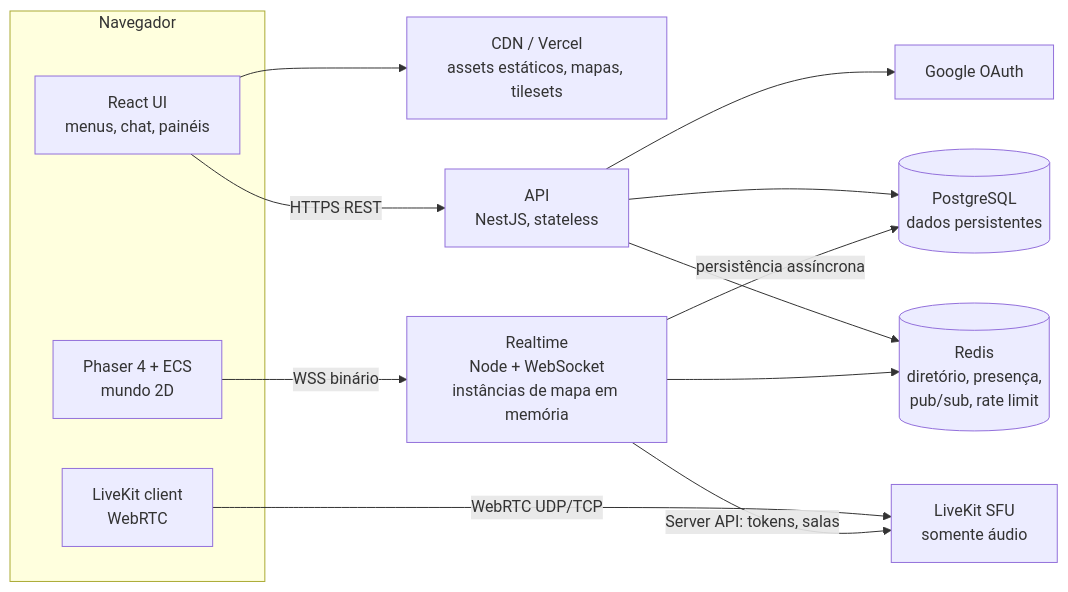
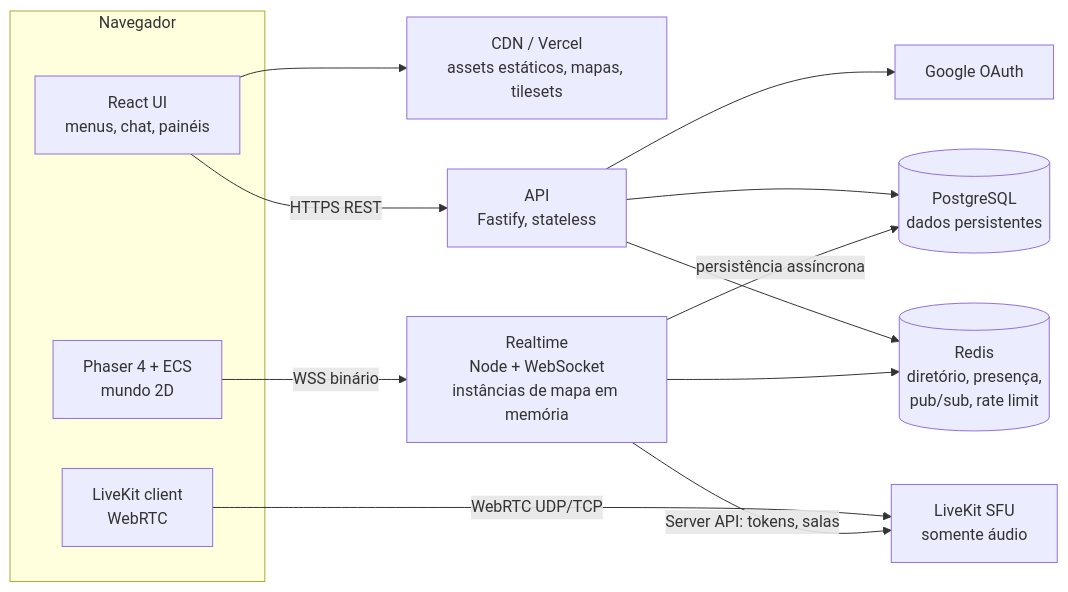
One commit to ThiagoAbreu9/cesar-office changed the first of 7 diagrams in docs/02-arquitetura.md. Above: the diagram before and after it, drawn with Mermaid. The commit also changed other lines of this file and 33 other files, not shown here.

First line of the commit message:
API: Fastify + Postgres com RLS, sessões e join que o realtime aceita

````diff
--- a/docs/02-arquitetura.md
+++ b/docs/02-arquitetura.md
@@ -25,27 +25,27 @@
 ```mermaid
 flowchart LR
   subgraph Browser["Navegador"]
     UI["React UI<br/>menus, chat, painéis"]
     GAME["Phaser 4 + ECS<br/>mundo 2D"]
     LKC["LiveKit client<br/>WebRTC"]
   end
 
   CDN["CDN / Vercel<br/>assets estáticos, mapas, tilesets"]
-  API["API<br/>NestJS, stateless"]
+  API["API<br/>Fastify, stateless"]
   RT["Realtime<br/>Node + WebSocket<br/>instâncias de mapa em memória"]
   SFU["LiveKit SFU<br/>somente áudio"]
   PG[("PostgreSQL<br/>dados persistentes")]
   RD[("Redis<br/>diretório, presença,<br/>pub/sub, rate limit")]
   GOOG["Google OAuth"]
 
   UI --> CDN
   UI -- "HTTPS REST" --> API
   GAME -- "WSS binário" --> RT
   LKC -- "WebRTC UDP/TCP" --> SFU
   API --> GOOG
   API --> PG
   API --> RD
   RT --> RD
   RT -- "persistência assíncrona" --> PG
   RT -- "Server API: tokens, salas" --> SFU
 ```
````
